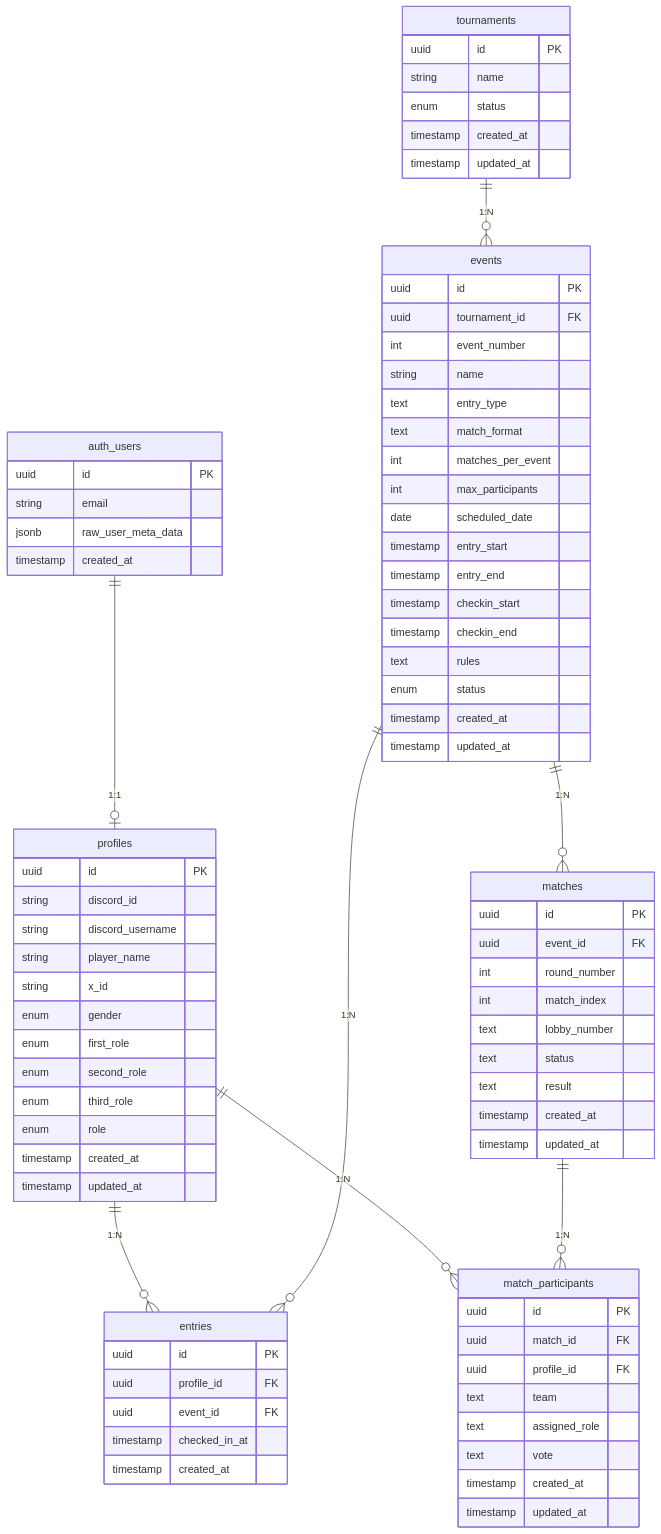
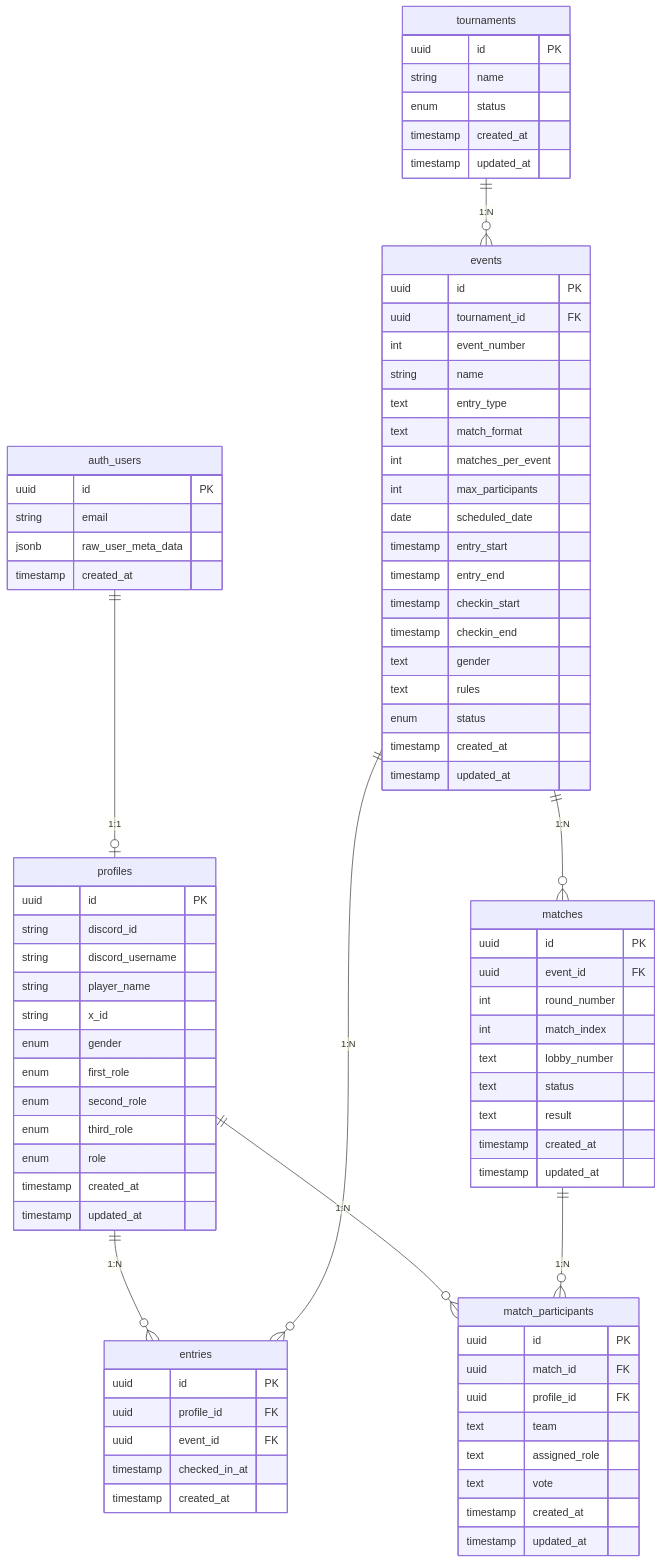
Before and after one commit to juv-shun/JiroRimi: the diagram in docs/database_design.md, drawn with Mermaid. The commit also changed other lines of this file and 4 other files, not shown here.

```diff
--- a/docs/database_design.md
+++ b/docs/database_design.md
@@ -60,6 +60,7 @@
         timestamp entry_end
         timestamp checkin_start
         timestamp checkin_end
+        text gender
         text rules
         enum status
         timestamp created_at
```
